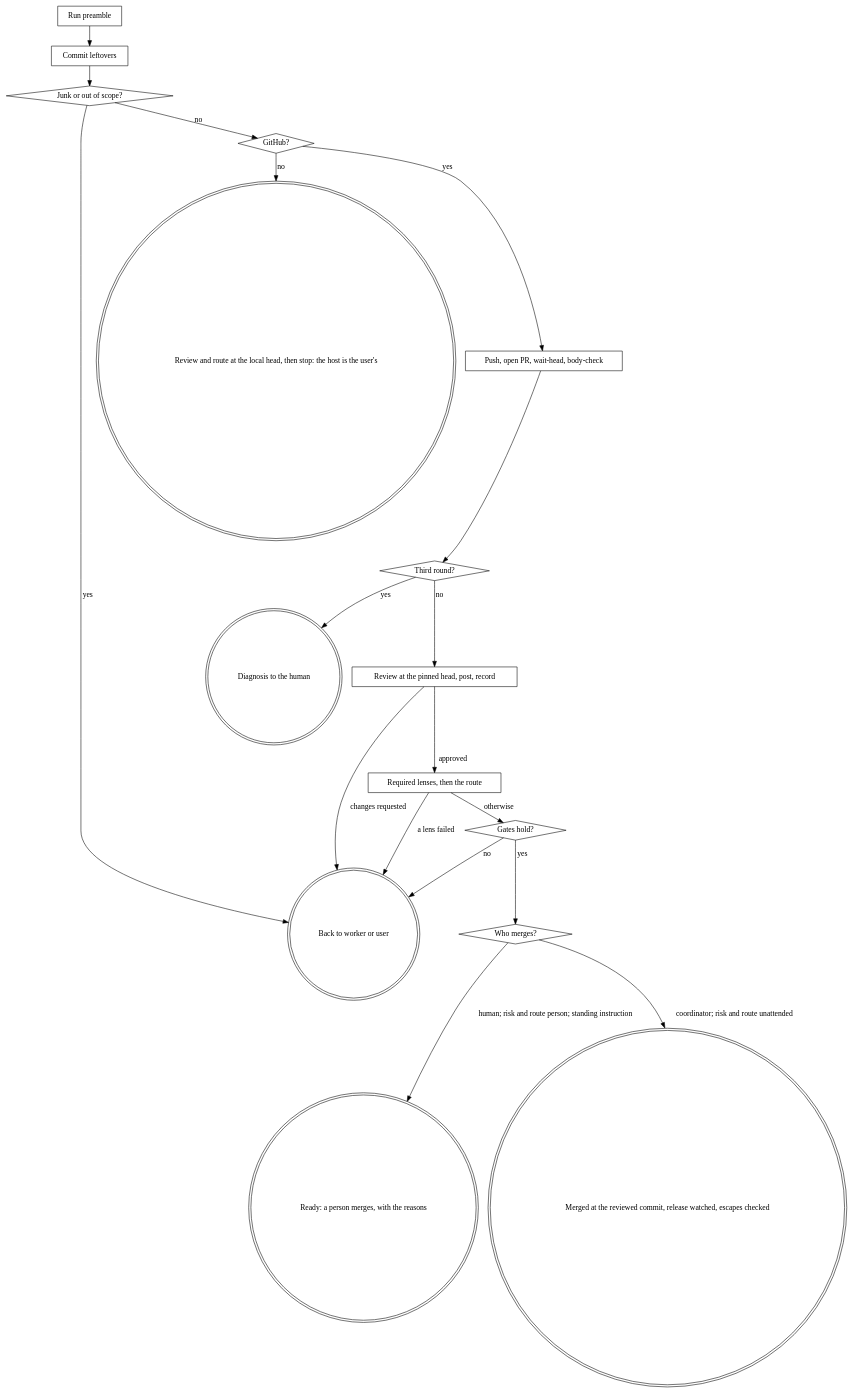
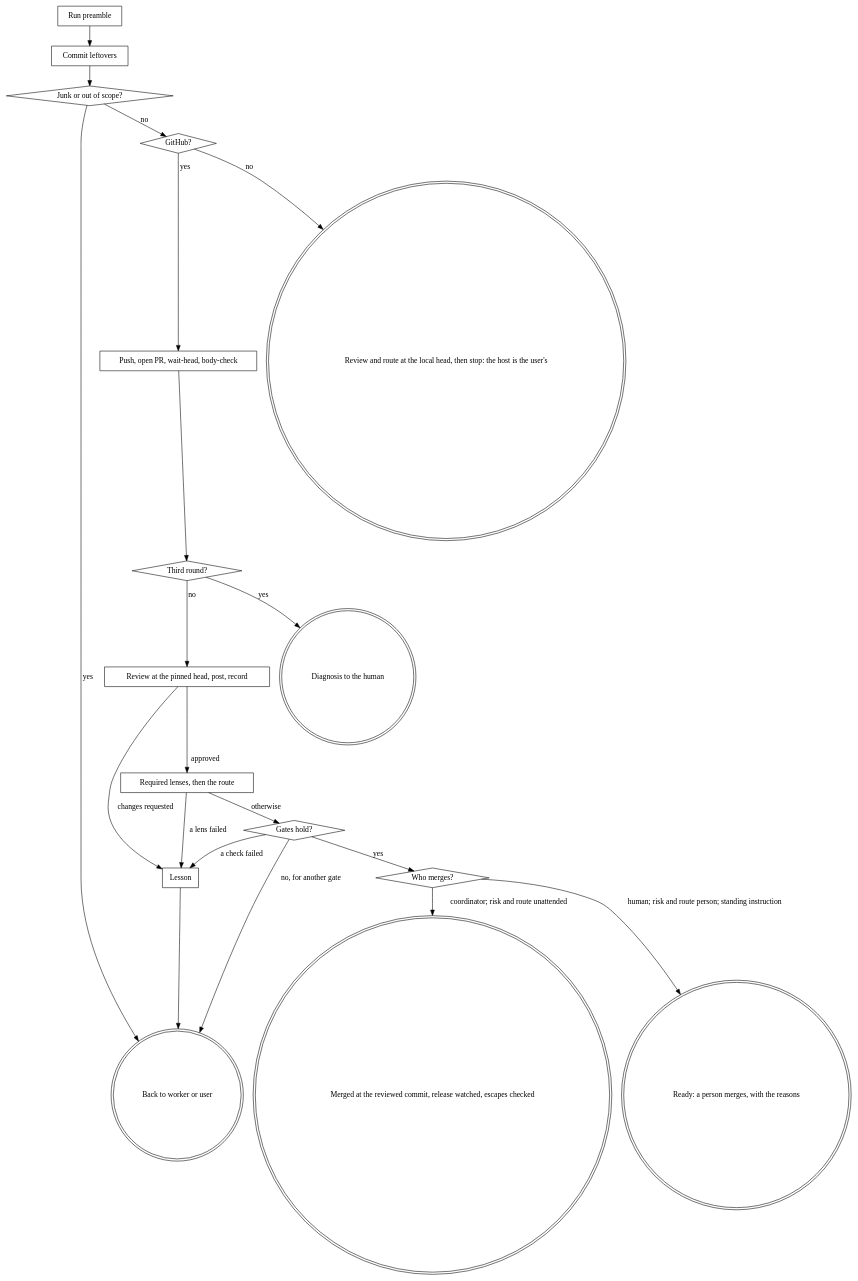
Before and after one commit to Yesterday-AI/ytstack: the diagram in skills/finish-lane/SKILL.md, drawn with Graphviz. The commit also changed other lines of this file and 88 other files, not shown here.

````diff
--- a/skills/finish-lane/SKILL.md
+++ b/skills/finish-lane/SKILL.md
@@ -53,36 +54,39 @@
 ```dot
 digraph finish_lane {
     "Run preamble" [shape=box];
     "Commit leftovers" [shape=box];
     "Junk or out of scope?" [shape=diamond];
     "Back to worker or user" [shape=doublecircle];
     "GitHub?" [shape=diamond];
     "Review and route at the local head, then stop: the host is the user's" [shape=doublecircle];
     "Push, open PR, wait-head, body-check" [shape=box];
     "Third round?" [shape=diamond];
     "Diagnosis to the human" [shape=doublecircle];
     "Review at the pinned head, post, record" [shape=box];
     "Required lenses, then the route" [shape=box];
+    "Lesson" [shape=box];
     "Gates hold?" [shape=diamond];
     "Who merges?" [shape=diamond];
     "Ready: a person merges, with the reasons" [shape=doublecircle];
     "Merged at the reviewed commit, release watched, escapes checked" [shape=doublecircle];
 
     "Run preamble" -> "Commit leftovers" -> "Junk or out of scope?";
     "Junk or out of scope?" -> "Back to worker or user" [label="yes"];
     "Junk or out of scope?" -> "GitHub?" [label="no"];
     "GitHub?" -> "Review and route at the local head, then stop: the host is the user's" [label="no"];
     "GitHub?" -> "Push, open PR, wait-head, body-check" [label="yes"];
     "Push, open PR, wait-head, body-check" -> "Third round?";
     "Third round?" -> "Diagnosis to the human" [label="yes"];
     "Third round?" -> "Review at the pinned head, post, record" [label="no"];
-    "Review at the pinned head, post, record" -> "Back to worker or user" [label="changes requested"];
+    "Review at the pinned head, post, record" -> "Lesson" [label="changes requested"];
     "Review at the pinned head, post, record" -> "Required lenses, then the route" [label="approved"];
-    "Required lenses, then the route" -> "Back to worker or user" [label="a lens failed"];
+    "Required lenses, then the route" -> "Lesson" [label="a lens failed"];
     "Required lenses, then the route" -> "Gates hold?" [label="otherwise"];
-    "Gates hold?" -> "Back to worker or user" [label="no"];
+    "Gates hold?" -> "Lesson" [label="a check failed"];
+    "Gates hold?" -> "Back to worker or user" [label="no, for another gate"];
+    "Lesson" -> "Back to worker or user";
     "Gates hold?" -> "Who merges?" [label="yes"];
     "Who merges?" -> "Ready: a person merges, with the reasons" [label="human; risk and route person; standing instruction"];
     "Who merges?" -> "Merged at the reviewed commit, release watched, escapes checked" [label="coordinator; risk and route unattended"];
 }
 ```
````
